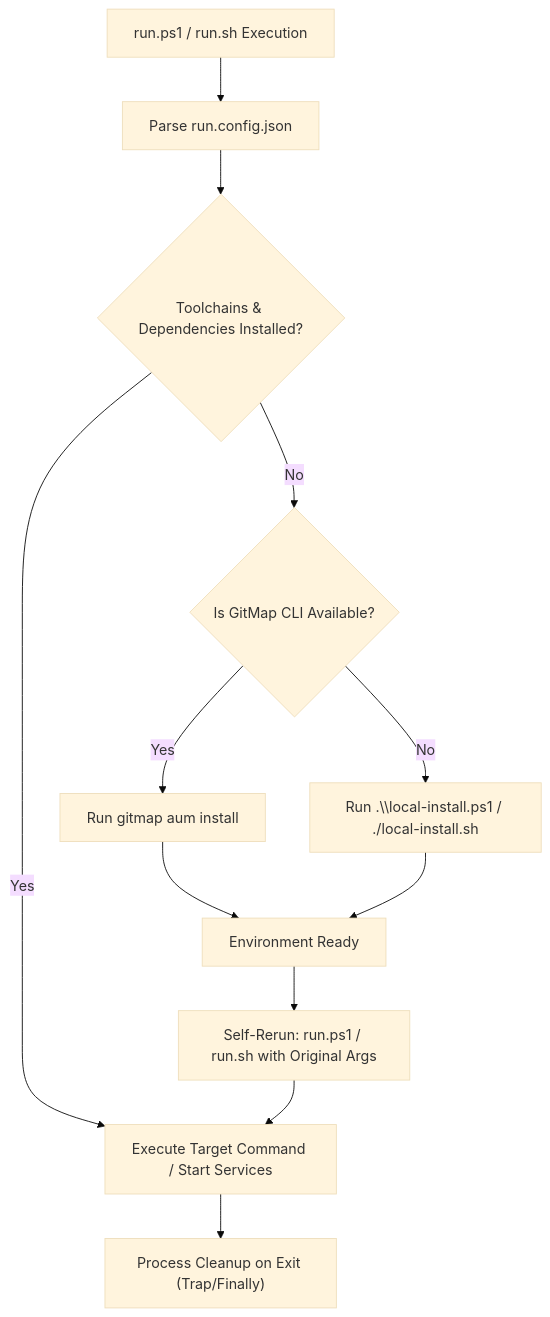
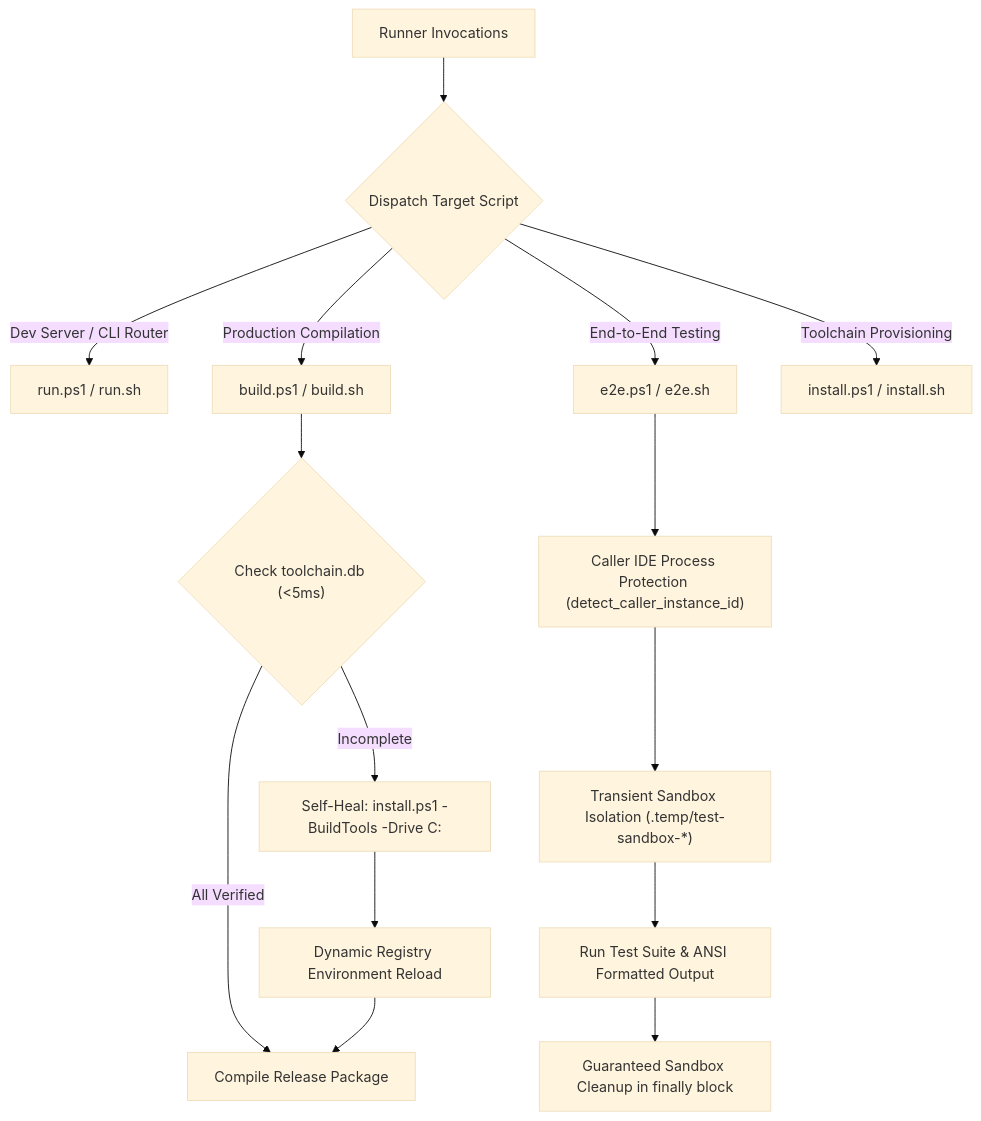
The diagram in .agents/skills/create-run-ps1-file/skill.md (alimtvnetwork/Antigravity-Manager), drawn with Mermaid (base theme) before and after one commit. The commit also changed other lines of this file and 1 other file, not shown here.

Commit message:
Feature: skills - update run and create-run-ps1-file with root runner suite contracts and c-drive toolchain sqlite tracking

````diff
--- a/.agents/skills/create-run-ps1-file/skill.md
+++ b/.agents/skills/create-run-ps1-file/skill.md
@@ -13,14 +13,19 @@
 ```mermaid
 flowchart TD
-    A["run.ps1 / run.sh Execution"] --> B["Parse run.config.json"]
-    B --> C{"Toolchains & Dependencies Installed?"}
-    C -- "Yes" --> D["Execute Target Command / Start Services"]
-    C -- "No" --> E{"Is GitMap CLI Available?"}
-    E -- "Yes" --> F["Run gitmap aum install"]
-    E -- "No" --> G["Run .\\local-install.ps1 / ./local-install.sh"]
-    F --> H["Environment Ready"]
-    G --> H
-    H --> I["Self-Rerun: run.ps1 / run.sh with Original Args"]
-    I --> D
-    D --> J["Process Cleanup on Exit (Trap/Finally)"]
+    A["Runner Invocations"] --> B{"Dispatch Target Script"}
+    B -- "Dev Server / CLI Router" --> C["run.ps1 / run.sh"]
+    B -- "Production Compilation" --> D["build.ps1 / build.sh"]
+    B -- "End-to-End Testing" --> E["e2e.ps1 / e2e.sh"]
+    B -- "Toolchain Provisioning" --> F["install.ps1 / install.sh"]
+
+    D --> G{"Check toolchain.db (<5ms)"}
+    G -- "All Verified" --> H["Compile Release Package"]
+    G -- "Incomplete" --> I["Self-Heal: install.ps1 -BuildTools -Drive C:"]
+    I --> J["Dynamic Registry Environment Reload"]
+    J --> H
+
+    E --> K["Caller IDE Process Protection (detect_caller_instance_id)"]
+    K --> L["Transient Sandbox Isolation (.temp/test-sandbox-*)"]
+    L --> M["Run Test Suite & ANSI Formatted Output"]
+    M --> N["Guaranteed Sandbox Cleanup in finally block"]
 ```
````
